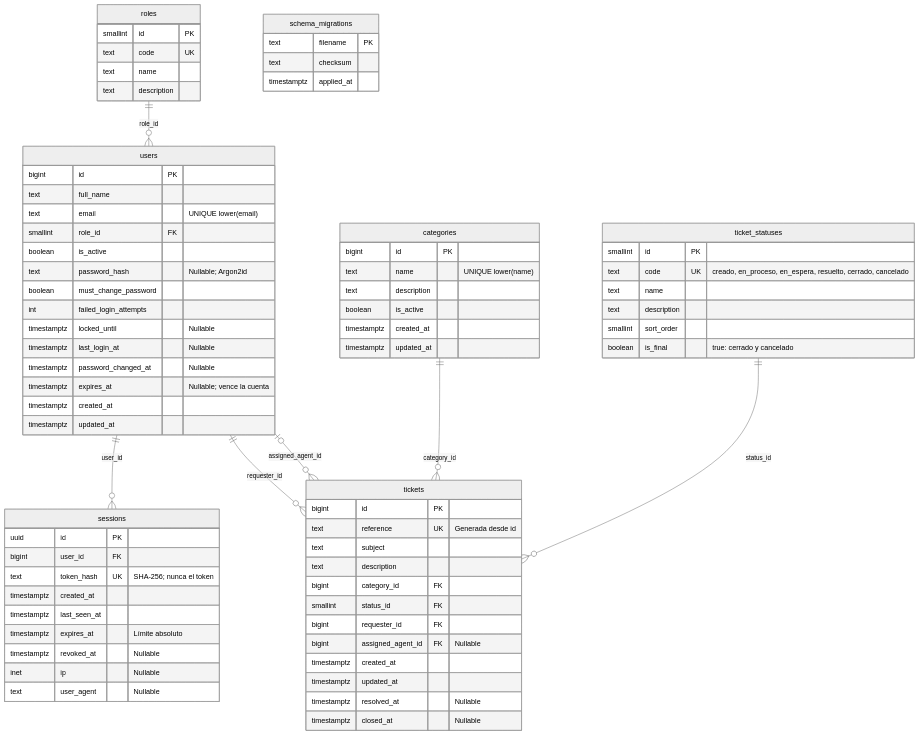
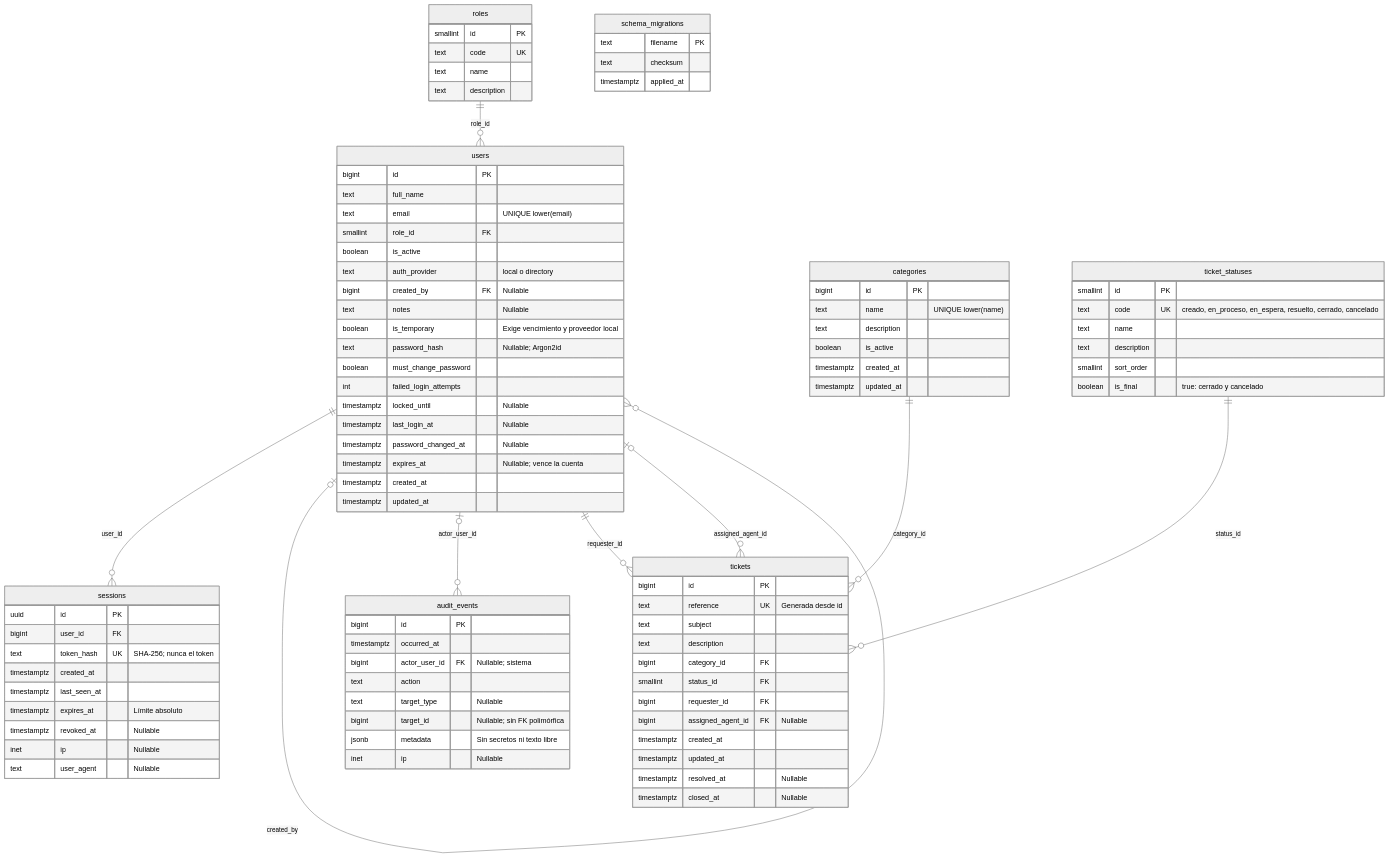
Before and after one commit to Claudia-Lainfiesta/HelpDesk: the diagram in backend/db/README.md, drawn with Mermaid (neutral theme). The commit also changed other lines of this file and 20 other files, not shown here.

```diff
--- a/backend/db/README.md
+++ b/backend/db/README.md
@@ -151,6 +159,8 @@
 erDiagram
     roles ||--o{ users : role_id
     users ||--o{ sessions : user_id
+    users o|--o{ users : created_by
+    users o|--o{ audit_events : actor_user_id
     users ||--o{ tickets : requester_id
     users o|--o{ tickets : assigned_agent_id
     categories ||--o{ tickets : category_id
@@ -168,6 +178,10 @@
         text email "UNIQUE lower(email)"
         smallint role_id FK
         boolean is_active
+        text auth_provider "local o directory"
+        bigint created_by FK "Nullable"
+        text notes "Nullable"
+        boolean is_temporary "Exige vencimiento y proveedor local"
         text password_hash "Nullable; Argon2id"
         boolean must_change_password
         int failed_login_attempts
@@ -177,6 +191,16 @@
         timestamptz expires_at "Nullable; vence la cuenta"
         timestamptz created_at
         timestamptz updated_at
+    }
+    audit_events {
+        bigint id PK
+        timestamptz occurred_at
+        bigint actor_user_id FK "Nullable; sistema"
+        text action
+        text target_type "Nullable"
+        bigint target_id "Nullable; sin FK polimórfica"
+        jsonb metadata "Sin secretos ni texto libre"
+        inet ip "Nullable"
     }
     sessions {
         uuid id PK
```
